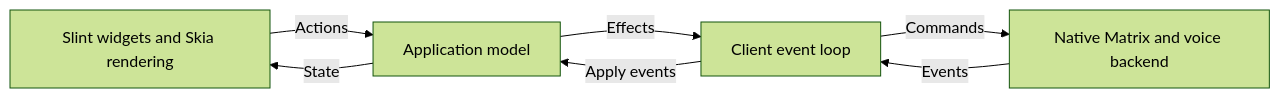
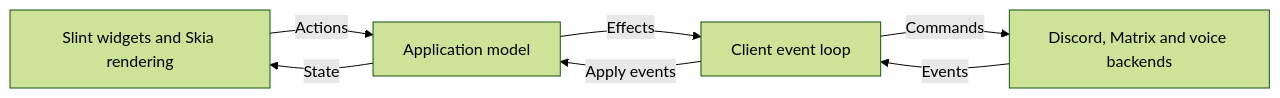
One commit to databoose/yapfast changed the diagram in docs/architecture.md. Above: the diagram before and after it, drawn with Mermaid (forest theme). The commit also changed other lines of this file and 48 other files, not shown here.

````diff
--- a/docs/architecture.md
+++ b/docs/architecture.md
@@ -13,9 +15,9 @@
 ```mermaid
 flowchart LR
     UI[Slint widgets and Skia rendering] -->|Actions| App[Application model]
     App -->|State| UI
     App -->|Effects| Adapter[Client event loop]
-    Adapter -->|Commands| Backend[Native Matrix and voice backend]
+    Adapter -->|Commands| Backend[Discord, Matrix and voice backends]
     Backend -->|Events| Adapter
     Adapter -->|Apply events| App
 ```
````
